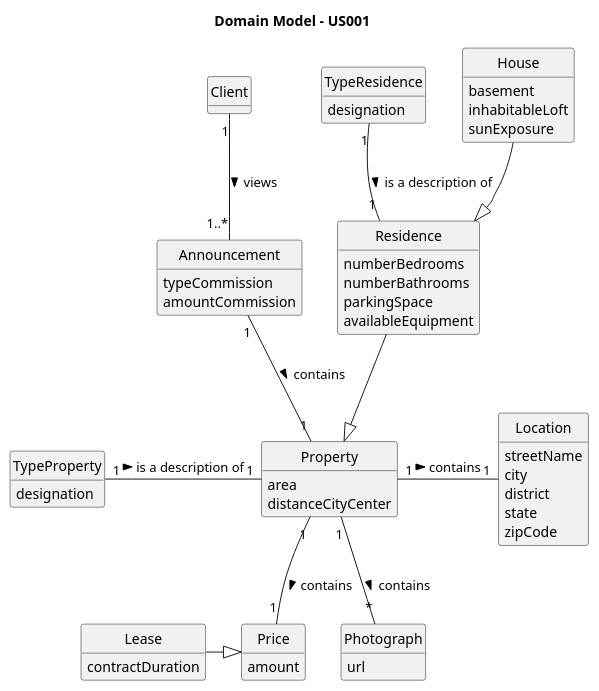
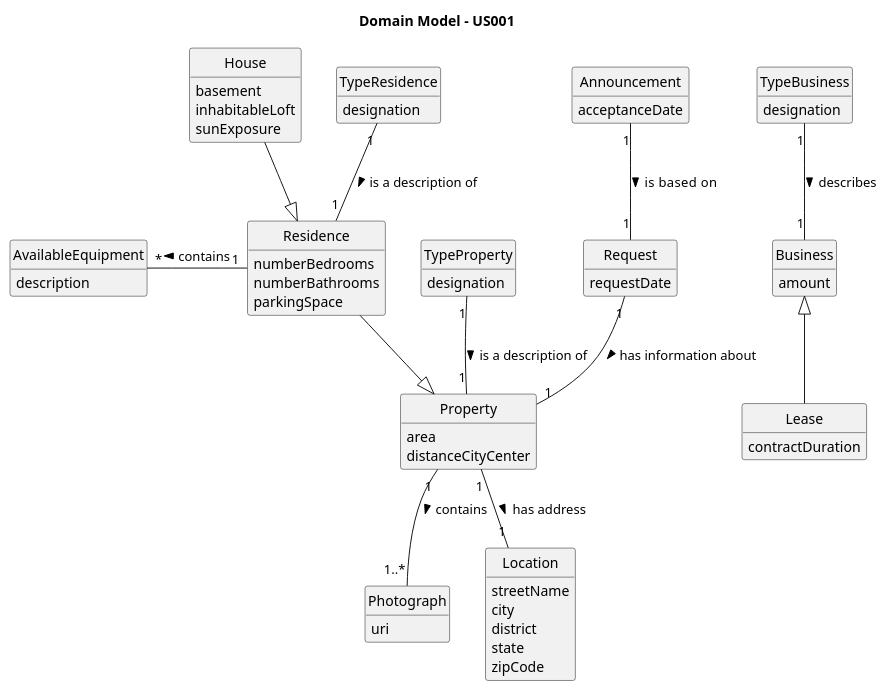
Before and after one commit to rita-barbosa/LAPR2-2223: the diagram in docs/sprintB/us001/02.analysis/puml/us001-domain-model.puml, drawn with PlantUML.

Commit message:
Update of Domain Model [US001][Analysis].

```diff
--- a/docs/sprintB/us001/02.analysis/puml/us001-domain-model.puml
+++ b/docs/sprintB/us001/02.analysis/puml/us001-domain-model.puml
@@ -1,80 +1,86 @@
 @startuml
 skinparam monochrome true
 skinparam packageStyle rectangle
 skinparam shadowing false
 
 'left to right direction
 
 skinparam classAttributeIconSize 0
 
 hide circle
 hide methods
 
 title Domain Model - US001
 
-class Client{}
 
-class Announcement {
-    typeCommission
-    amountCommission
+class Announcement{
+acceptanceDate
 }
 
 class Property{
-      area
-      distanceCityCenter
+ area
+ distanceCityCenter
 }
 
-class Price{
-amount
+class Residence{
+ numberBedrooms
+ numberBathrooms
+ parkingSpace
 }
 
-class Lease{
-contractDuration
-}
-
-class Location{
-streetName
-city
-district
-state
-zipCode
-}
-
-class TypeProperty{
-designation
-}
-
-class TypeResidence{
-designation
-}
-
-class Photograph{
-url
+class AvailableEquipment{
+description
 }
 
 class House{
  basement
  inhabitableLoft
  sunExposure
 }
 
-class Residence{
- numberBedrooms
- numberBathrooms
- parkingSpace
-availableEquipment
+class TypeProperty{
+designation
+}
+class TypeResidence{
+designation
+}
+class Photograph{
+uri
+}
+class Location{
+streetName
+city
+district
+state
+zipCode
+}
+class Business{
+amount
+}
+class TypeBusiness{
+designation
+}
+class Lease{
+contractDuration
+}
+
+class Request{
+requestDate
 }
 
 
-Client "1" -- "1..*" Announcement: views >
-Announcement "1" -- "1" Property: contains >
 Residence  --|>  Property
 House --|> Residence
-TypeProperty "1" - "1" Property: is a description of >
+TypeProperty "1" -- "1" Property: is a description of >
 TypeResidence "1" -- "1" Residence: is a description of >
-Property "1" - "1" Location: contains >
-Property "1" -- "*" Photograph: contains >
-Price <|-left- Lease
-Property "1" -- "1" Price: contains >
+Property "1" -- "1..*" Photograph: contains >
+Property "1"--"1" Location: has address >
+Residence "1" -left "*"AvailableEquipment: contains >
+Property "1" -up- "1" Request : < has information about
+Business <|-- Lease
+TypeBusiness "1" -- "1" Business : describes >
+Announcement "1" -- "1" Request : is  based on >
+
+
 
 @enduml
```
